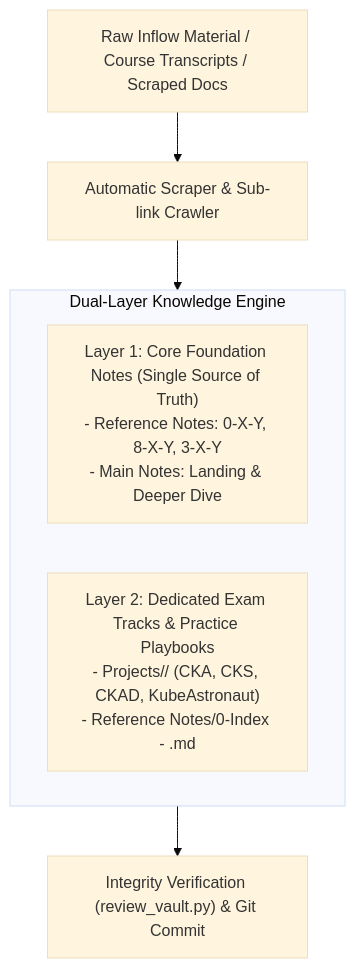
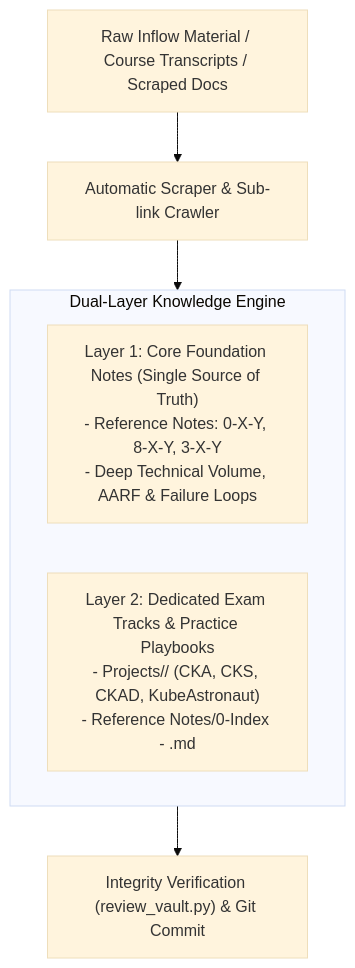
Before and after one commit to kmashour/BrainDump: the diagram in workflow.md, drawn with Mermaid (base theme). The commit also changed other lines of this file and 335 other files, not shown here.

Commit message:
refactor(arch): decommission Main Notes directory and streamline vault to Reference Notes, Projects, and Digital Garden

````diff
--- a/workflow.md
+++ b/workflow.md
@@ -13,12 +13,12 @@
 ```mermaid
 flowchart TD
     Inflow["Raw Inflow Material / Course Transcripts / Scraped Docs"] --> Scraper["Automatic Scraper & Sub-link Crawler"]
     Scraper --> DualPipeline["Dual-Layer Enrichment Pipeline"]
     
     subgraph DualPipeline ["Dual-Layer Knowledge Engine"]
-        L1["Layer 1: Core Foundation Notes (Single Source of Truth)\n- Reference Notes: 0-X-Y, 8-X-Y, 3-X-Y\n- Main Notes: Landing & Deeper Dive"]
+        L1["Layer 1: Core Foundation Notes (Single Source of Truth)\n- Reference Notes: 0-X-Y, 8-X-Y, 3-X-Y\n- Deep Technical Volume, AARF & Failure Loops"]
         L2["Layer 2: Dedicated Exam Tracks & Practice Playbooks\n- Projects/<CERT>/ (CKA, CKS, CKAD, KubeAstronaut)\n- Reference Notes/0-Index - <CERT>.md"]
     end
 
     DualPipeline --> Sync["Integrity Verification (review_vault.py) & Git Commit"]
 ```
````
